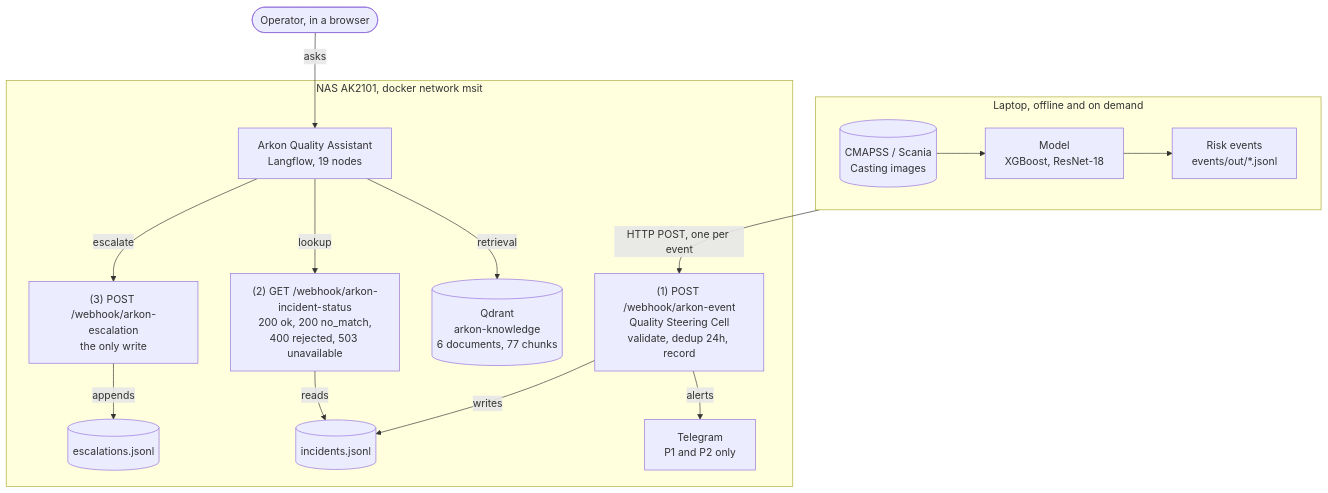
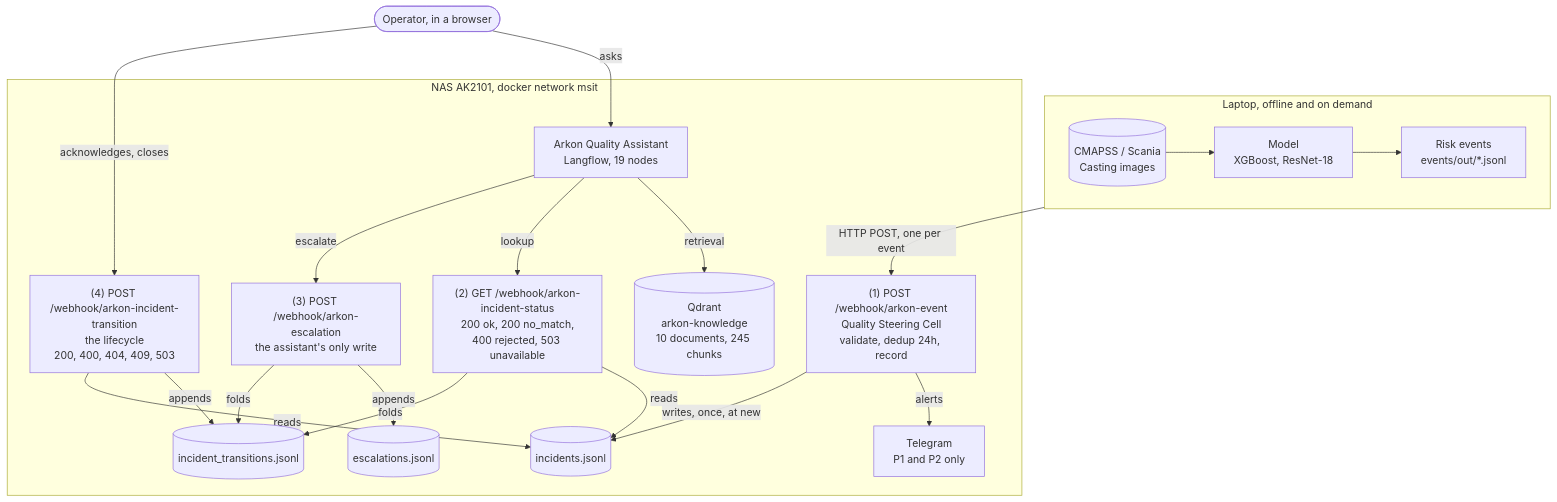
One commit to sergey-kasatov/arkon-manufacturing-ai changed the first of 2 diagrams in README.md. Above: the diagram before and after it, drawn with Mermaid. The commit also changed other lines of this file and 2 other files, not shown here.

First line of the commit message:
Bring the charter and the SOP up to what the system now does

````diff
--- a/README.md
+++ b/README.md
@@ -370,31 +370,38 @@
 ```mermaid
 flowchart TB
   subgraph LAPTOP["Laptop, offline and on demand"]
     direction LR
     DATA[("CMAPSS / Scania<br/>Casting images")] --> MODEL["Model<br/>XGBoost, ResNet-18"] --> EV["Risk events<br/>events/out/*.jsonl"]
   end
 
   OP(["Operator, in a browser"])
 
   subgraph NAS["NAS AK2101, docker network msit"]
     W1["(1) POST /webhook/arkon-event<br/>Quality Steering Cell<br/>validate, dedup 24h, record"]
     ASSIST["Arkon Quality Assistant<br/>Langflow, 19 nodes"]
     W2["(2) GET /webhook/arkon-incident-status<br/>200 ok, 200 no_match,<br/>400 rejected, 503 unavailable"]
-    W3["(3) POST /webhook/arkon-escalation<br/>the only write"]
-    QD[("Qdrant<br/>arkon-knowledge<br/>6 documents, 77 chunks")]
+    W3["(3) POST /webhook/arkon-escalation<br/>the assistant's only write"]
+    W4["(4) POST /webhook/arkon-incident-transition<br/>the lifecycle<br/>200, 400, 404, 409, 503"]
+    QD[("Qdrant<br/>arkon-knowledge<br/>10 documents, 245 chunks")]
     INC[("incidents.jsonl")]
+    TRN[("incident_transitions.jsonl")]
     ESC[("escalations.jsonl")]
     TG["Telegram<br/>P1 and P2 only"]
 
     W1 -- alerts --> TG
-    W1 -- writes --> INC
+    W1 -- "writes, once, at new" --> INC
     ASSIST -- retrieval --> QD
     ASSIST -- lookup --> W2
     ASSIST -- escalate --> W3
     W2 -- reads --> INC
+    W2 -- "folds" --> TRN
     W3 -- appends --> ESC
+    W3 -- "folds" --> TRN
+    W4 -- appends --> TRN
+    W4 -- reads --> INC
   end
 
   EV -- "HTTP POST, one per event" --> W1
   OP -- "asks" --> ASSIST
+  OP -- "acknowledges, closes" --> W4
 ```
````
